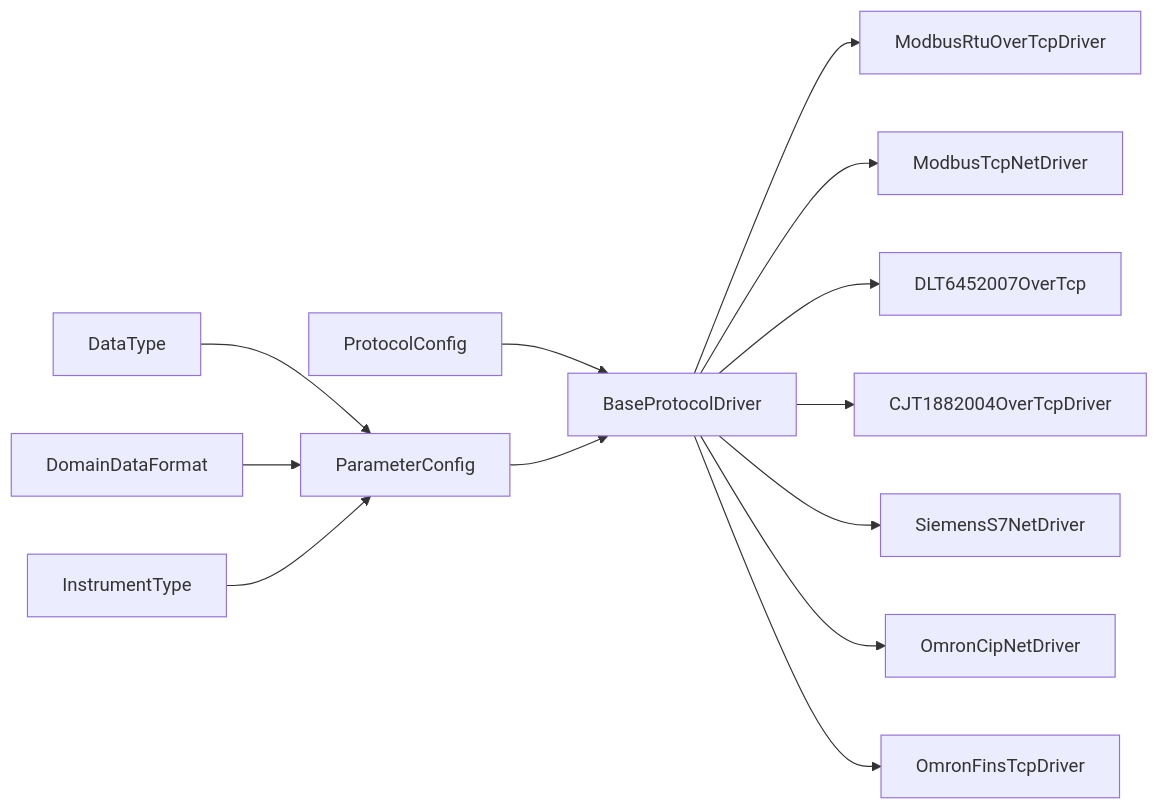
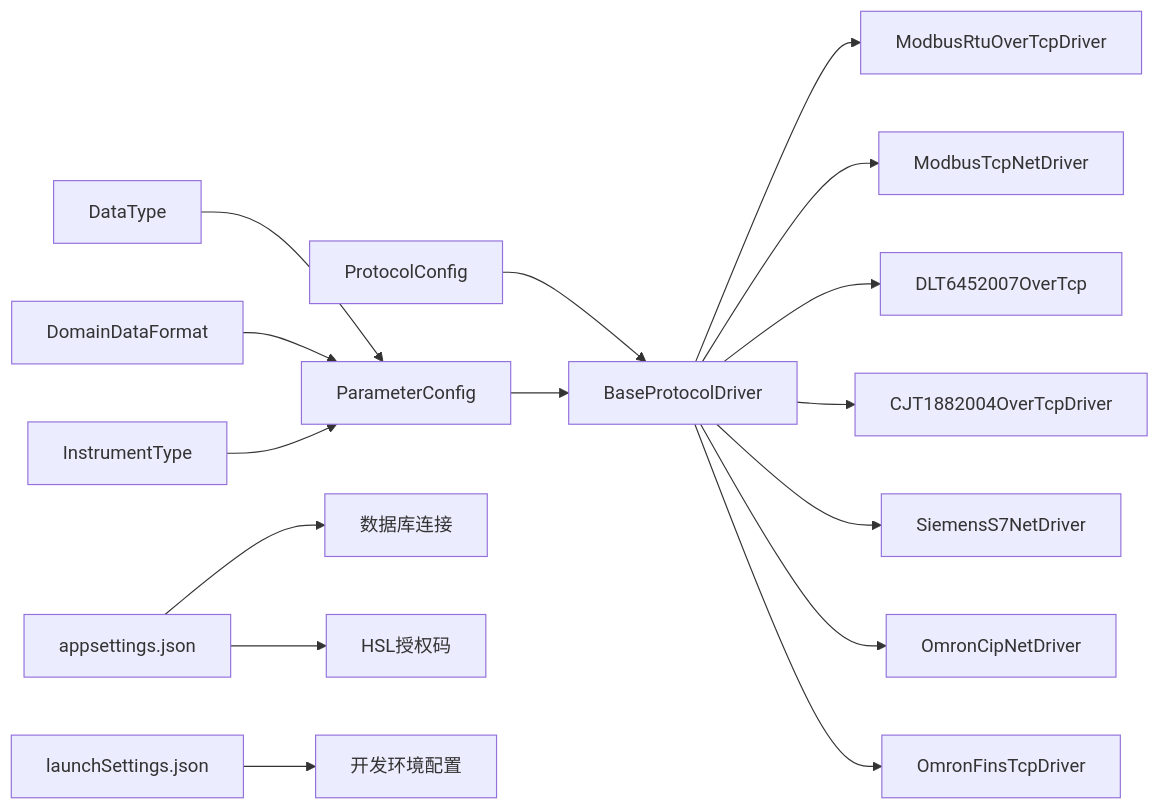
Diagram 11 of 11 in .qoder/repowiki/zh/content/协议驱动架构/TCP通用协议.md (whitemousetl/IndustrialDataSolution), drawn with Mermaid before and after one commit. The commit also changed other lines of this file and 11 other files, not shown here.

````diff
--- a/.qoder/repowiki/zh/content/协议驱动架构/TCP通用协议.md
+++ b/.qoder/repowiki/zh/content/协议驱动架构/TCP通用协议.md
@@ -319,15 +375,18 @@
 ```mermaid
 graph LR
 PC["ProtocolConfig"] --> BPD["BaseProtocolDriver"]
 PRC["ParameterConfig"] --> BPD
 DT["DataType"] --> PRC
 DDF["DomainDataFormat"] --> PRC
 IT["InstrumentType"] --> PRC
 BPD --> MRT["ModbusRtuOverTcpDriver"]
 BPD --> MTN["ModbusTcpNetDriver"]
 BPD --> DLT["DLT6452007OverTcp"]
 BPD --> CJT["CJT1882004OverTcpDriver"]
 BPD --> S7["SiemensS7NetDriver"]
 BPD --> OCN["OmronCipNetDriver"]
 BPD --> OFT["OmronFinsTcpDriver"]
+AS["appsettings.json"] --> DB["数据库连接"]
+AS --> AUTH["HSL授权码"]
+LS["launchSettings.json"] --> DEV["开发环境配置"]
 ```
````
